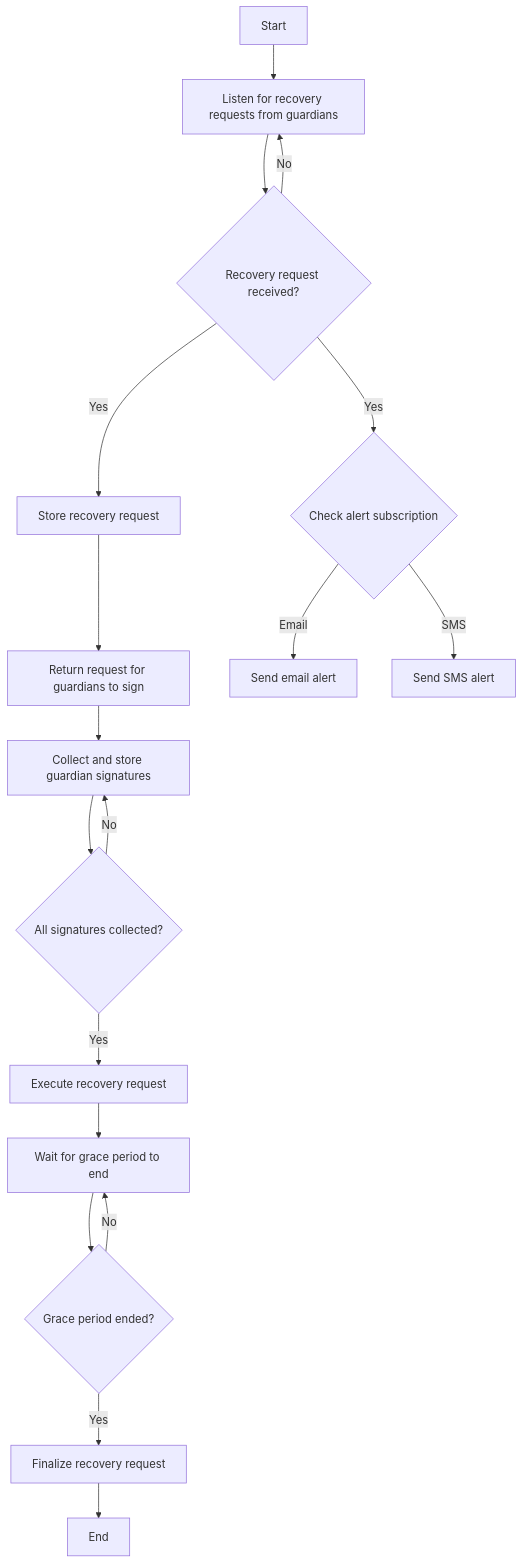
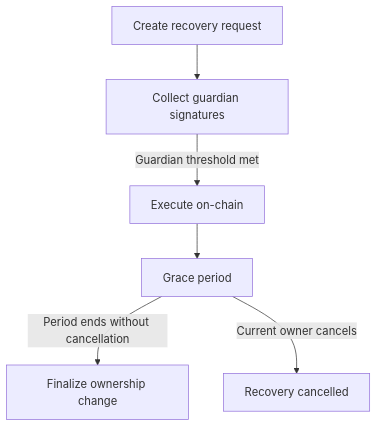
One commit to candidelabs/developer-docs changed the diagram in docs/wallet/recovery/1-overview.mdx. Above: the diagram before and after it, drawn with Mermaid. The commit also changed other lines of this file and 3 other files, not shown here.

````diff
--- a/docs/wallet/recovery/1-overview.mdx
+++ b/docs/wallet/recovery/1-overview.mdx
@@ -53,23 +72,8 @@
 ```mermaid
 flowchart TD
-    A[Start] --> B[Listen for recovery requests from guardians]
-    B --> C{Recovery request received?}
-    C -->|No| B
-    C -->|Yes| D[Store recovery request]
-    D --> E[Return request for guardians to sign]
-    E --> F[Collect and store guardian signatures]
-    F --> G{All signatures collected?}
-    G -->|No| F
-    G -->|Yes| H[Execute recovery request]
-    H --> I[Wait for grace period to end]
-    I --> J{Grace period ended?}
-    J -->|No| I
-    J -->|Yes| K[Finalize recovery request]
-    K --> L[End]
-    
-    R{Check alert subscription}
-    R -->|Email| S[Send email alert]
-    R -->|SMS| T[Send SMS alert]
-    
-    C -->|Yes| R
+    A[Create recovery request] --> B[Collect guardian signatures]
+    B -->|Guardian threshold met| C[Execute on-chain]
+    C --> D[Grace period]
+    D -->|Period ends without cancellation| E[Finalize ownership change]
+    D -->|Current owner cancels| F[Recovery cancelled]
 ```
````
